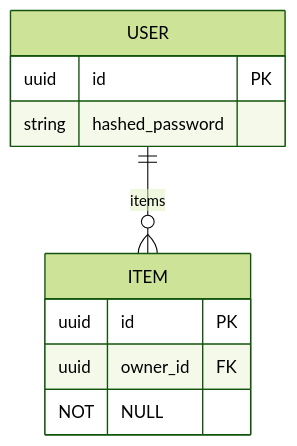
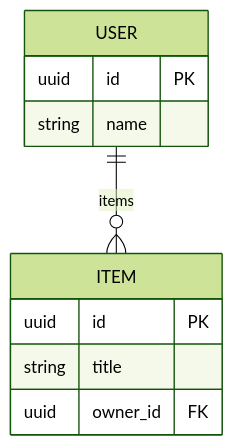
The diagram in docs/database/erd.mmd (murphycrew/full-stack-fastapi-template), drawn with Mermaid (forest theme) before and after one commit. The commit also changed 8 other files, not shown here.

```diff
--- a/docs/database/erd.mmd
+++ b/docs/database/erd.mmd
@@ -1,22 +1,23 @@
 %% Database ERD Diagram
-%% Generated: 2025-10-03T21:53:53.097286
+%% Generated: 2025-10-04T21:53:43.171142
 %% Version: Unknown
 %% Entities: 2
 %% Relationships: 1
 %% Status: invalid
 
 %% This diagram is automatically generated from SQLModel definitions
 
 erDiagram
 
 USER {
     uuid id PK
-    string hashed_password
+    string name
 }
 
 ITEM {
     uuid id PK
-    uuid owner_id FK NOT NULL
+    string title
+    uuid owner_id FK
 }
 
 USER ||--o{ ITEM : items
```
